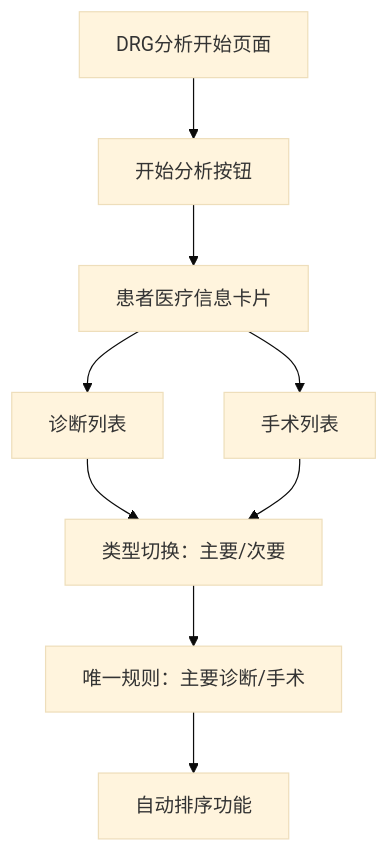
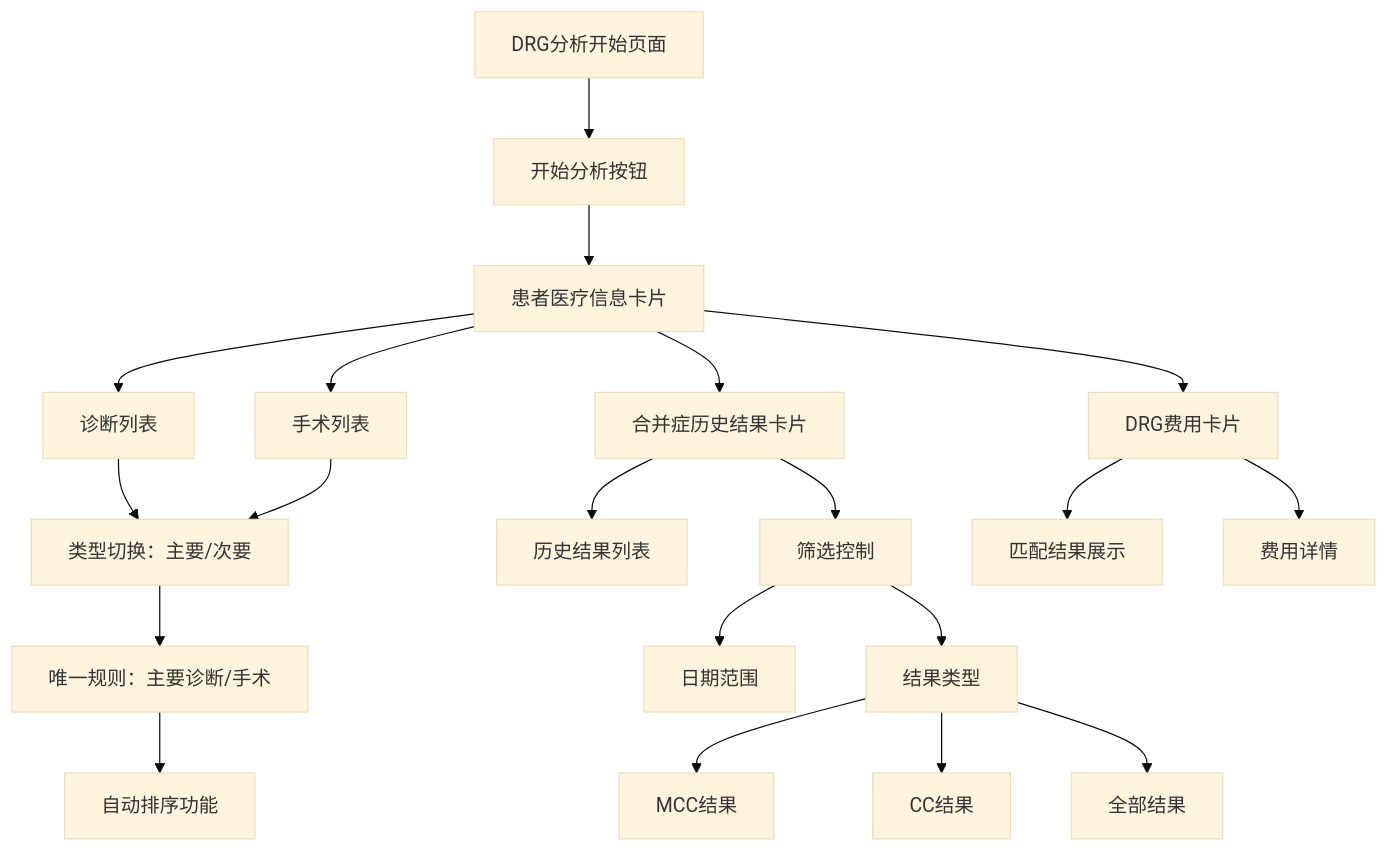
The tenth of 22 diagrams in .qoder/repowiki/zh/content/核心功能模块/DRG分析系统增强.md (liuzh2008/med_ai_assistant_workspace), drawn with Mermaid (base theme) before and after one commit. The commit also changed other lines of this file and 5 other files, not shown here.

````diff
--- a/.qoder/repowiki/zh/content/核心功能模块/DRG分析系统增强.md
+++ b/.qoder/repowiki/zh/content/核心功能模块/DRG分析系统增强.md
@@ -395,11 +426,22 @@
 ```mermaid
 flowchart TD
 StartPage[DRG分析开始页面] --> StartButton["开始分析按钮"]
 StartButton --> PatientCard[患者医疗信息卡片]
 PatientCard --> DiagnosisList[诊断列表]
 PatientCard --> SurgeryList[手术列表]
 DiagnosisList --> TypeSwitch[类型切换：主要/次要]
 SurgeryList --> TypeSwitch
 TypeSwitch --> UniqueRule[唯一规则：主要诊断/手术]
 UniqueRule --> AutoSort[自动排序功能]
+PatientCard --> HistoryCard[合并症历史结果卡片]
+HistoryCard --> ResultList[历史结果列表]
+HistoryCard --> FilterControls[筛选控制]
+FilterControls --> DateRange[日期范围]
+FilterControls --> ResultType[结果类型]
+ResultType --> MCCResults[MCC结果]
+ResultType --> CCResults[CC结果]
+ResultType --> AllResults[全部结果]
+PatientCard --> DrgFeeCard[DRG费用卡片]
+DrgFeeCard --> MatchResults[匹配结果展示]
+DrgFeeCard --> FeeDetails[费用详情]
 ```
````
